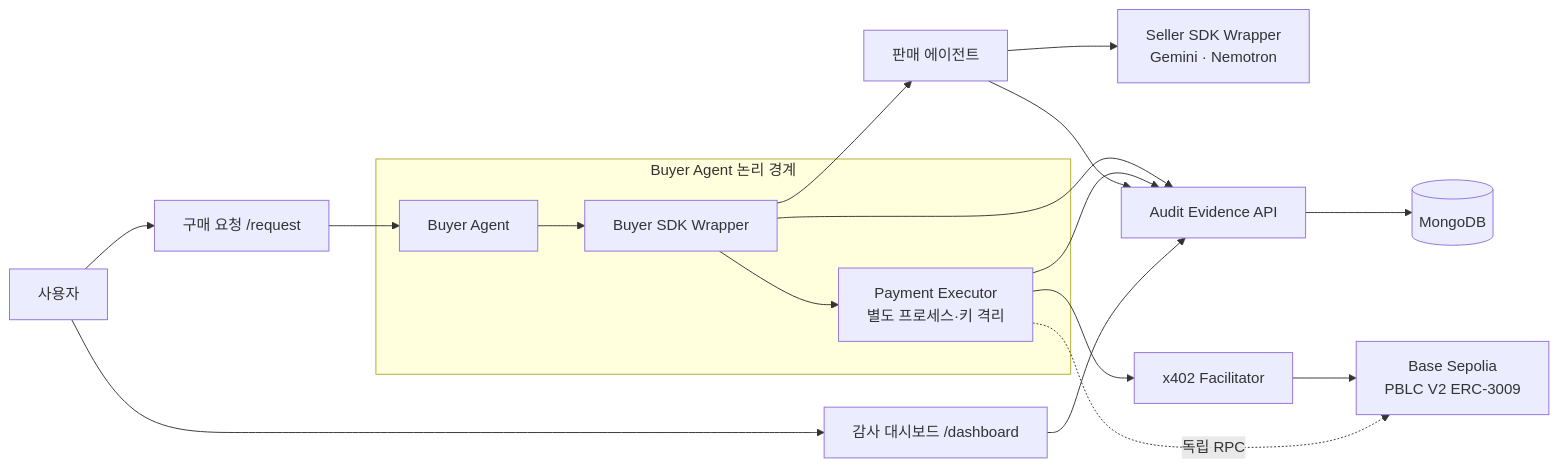
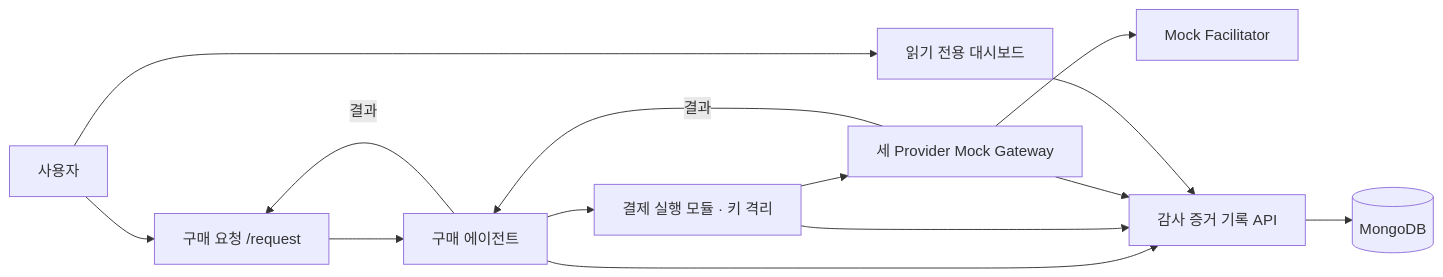
The diagram in README.md (codenameVien/ai-agent-payment-audit), drawn with Mermaid before and after one commit. The commit also changed other lines of this file and 193 other files, not shown here.

````diff
--- a/README.md
+++ b/README.md
@@ -45,20 +15,16 @@
 ```mermaid
 flowchart LR
   U[사용자] --> R[구매 요청 /request]
-  U --> D[감사 대시보드 /dashboard]
-  R --> B[Buyer Agent]
-  subgraph BUYER[Buyer Agent 논리 경계]
-    B --> BW[Buyer SDK Wrapper]
-    BW --> P[Payment Executor\n별도 프로세스·키 격리]
-  end
-  BW --> S[판매 에이전트]
-  S --> SW[Seller SDK Wrapper\nGemini · Nemotron]
-  BW --> E[Audit Evidence API]
+  R --> B[구매 에이전트]
+  B --> P[결제 실행 모듈 · 키 격리]
+  P --> G[세 Provider Mock Gateway]
+  G --> F[Mock Facilitator]
+  G -->|결과| B
+  B -->|결과| R
+  B --> E[감사 증거 기록 API]
   P --> E
-  S --> E
+  G --> E
   E --> M[(MongoDB)]
-  P --> F[x402 Facilitator]
-  F --> C[Base Sepolia\nPBLC V2 ERC-3009]
-  P -. 독립 RPC .-> C
+  U --> D[읽기 전용 대시보드]
   D --> E
 ```
````
